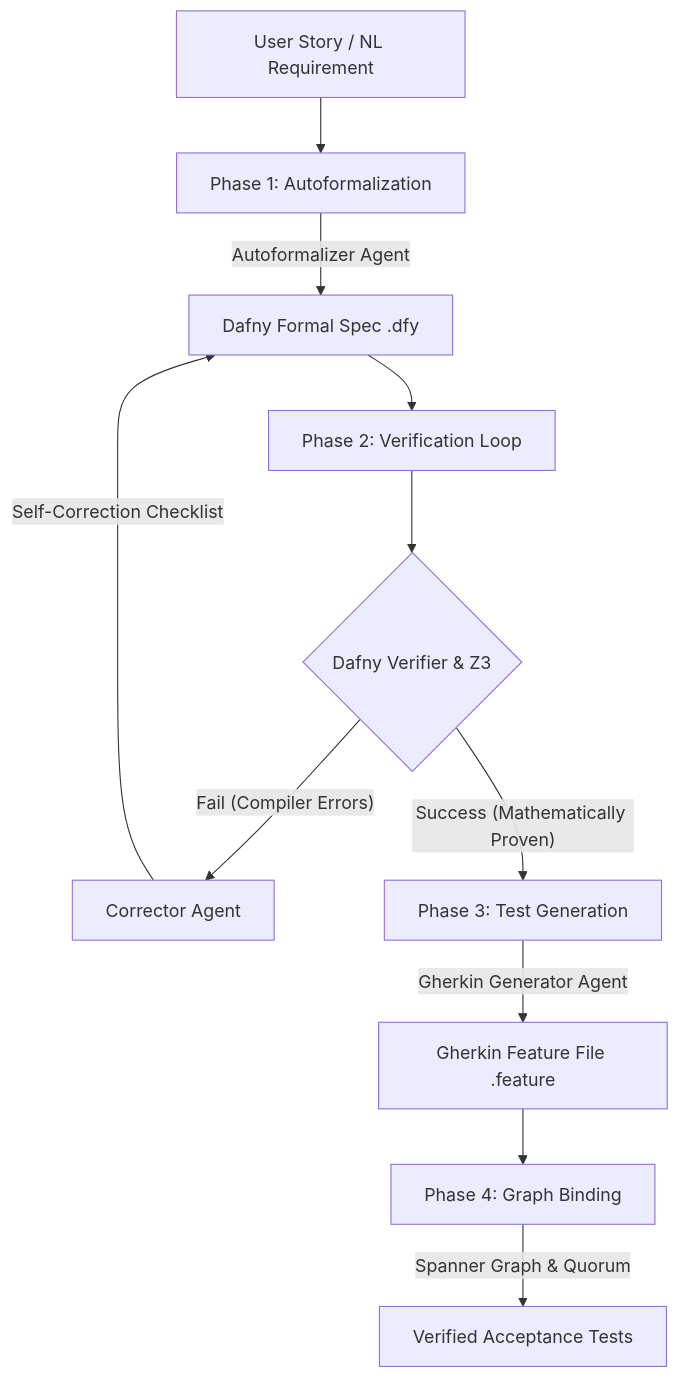
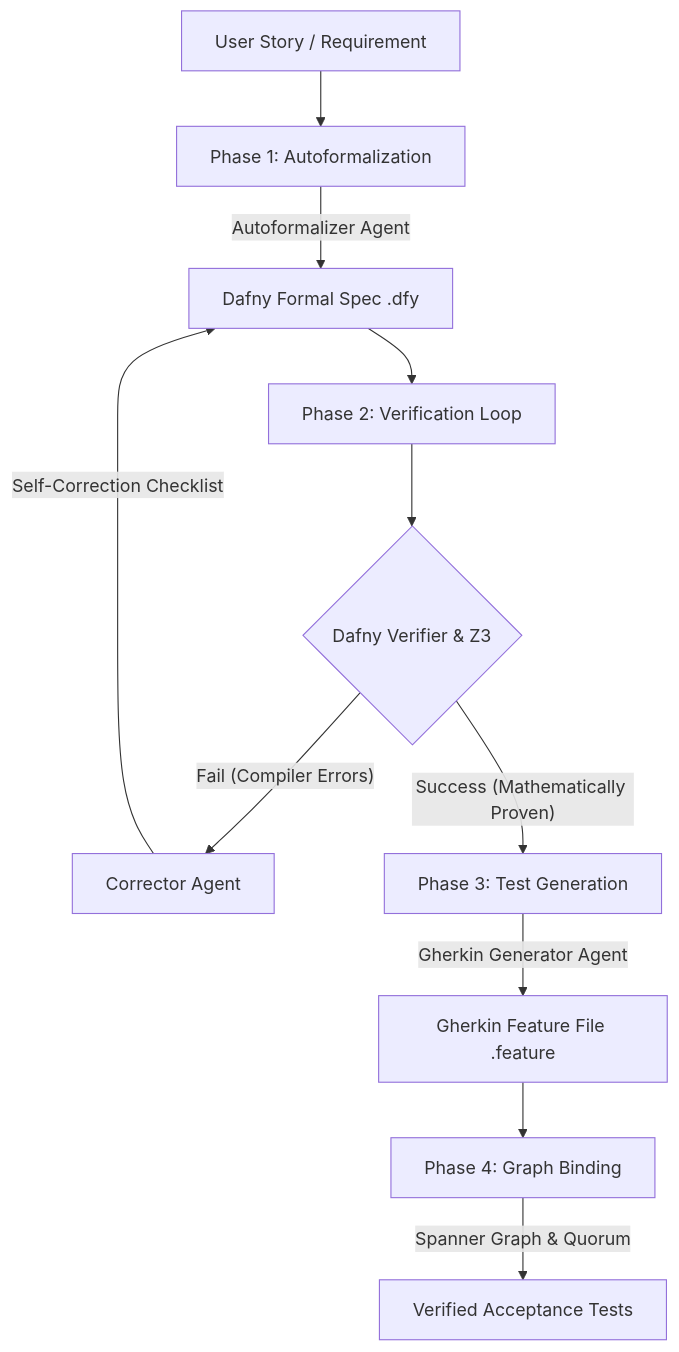
One commit to iangelico/AI-Driven-BDD-Pipeline-with-Autoformalization changed the diagram in README.md. Above: the diagram before and after it, drawn with Mermaid. The commit also changed other lines of this file and 2 other files, not shown here.

````diff
--- a/README.md
+++ b/README.md
@@ -43,13 +34,13 @@
 ```mermaid
 graph TD
-    NL[User Story / NL Requirement] --> Phase1[Phase 1: Autoformalization]
+    NL[User Story / Requirement] --> Phase1[Phase 1: Autoformalization]
     Phase1 -->|Autoformalizer Agent| Spec[Dafny Formal Spec .dfy]
     Spec --> Phase2[Phase 2: Verification Loop]
     Phase2 --> Verifier{Dafny Verifier & Z3}
     Verifier -- Fail (Compiler Errors) --> Fix[Corrector Agent]
     Fix -->|Self-Correction Checklist| Spec
     Verifier -- Success (Mathematically Proven) --> Phase3[Phase 3: Test Generation]
     Phase3 -->|Gherkin Generator Agent| Gherkin[Gherkin Feature File .feature]
     Gherkin --> Phase4[Phase 4: Graph Binding]
     Phase4 -->|Spanner Graph & Quorum| Verification[Verified Acceptance Tests]
 ```
````
